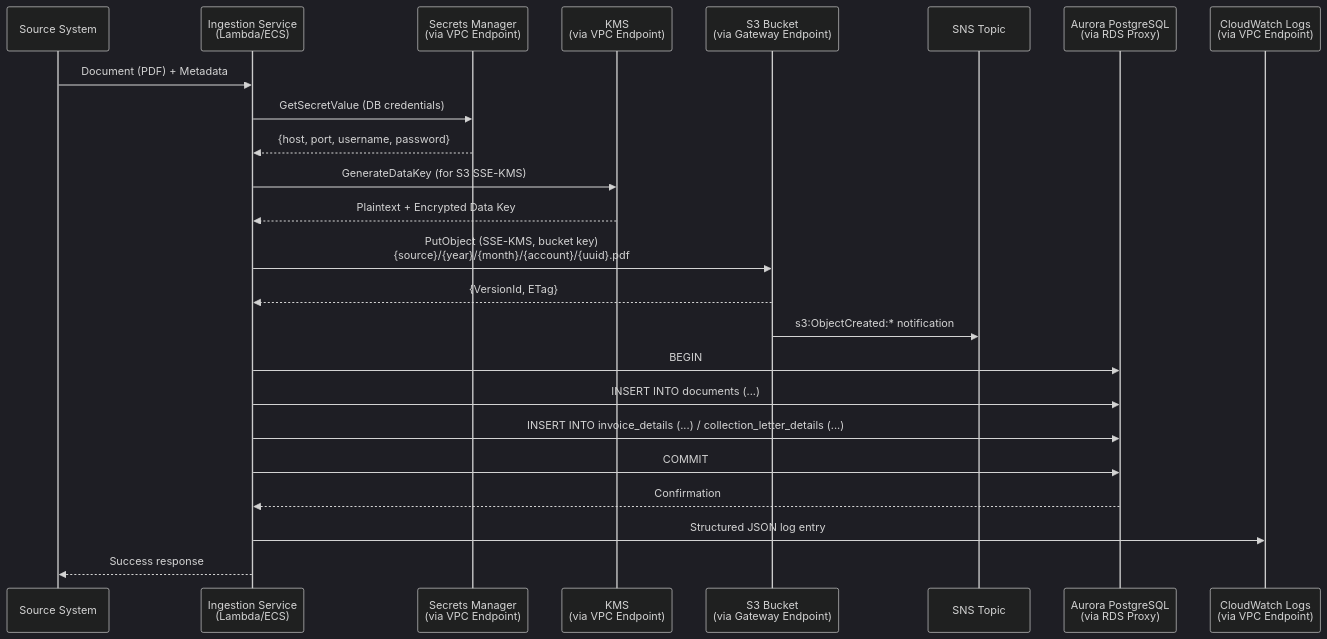
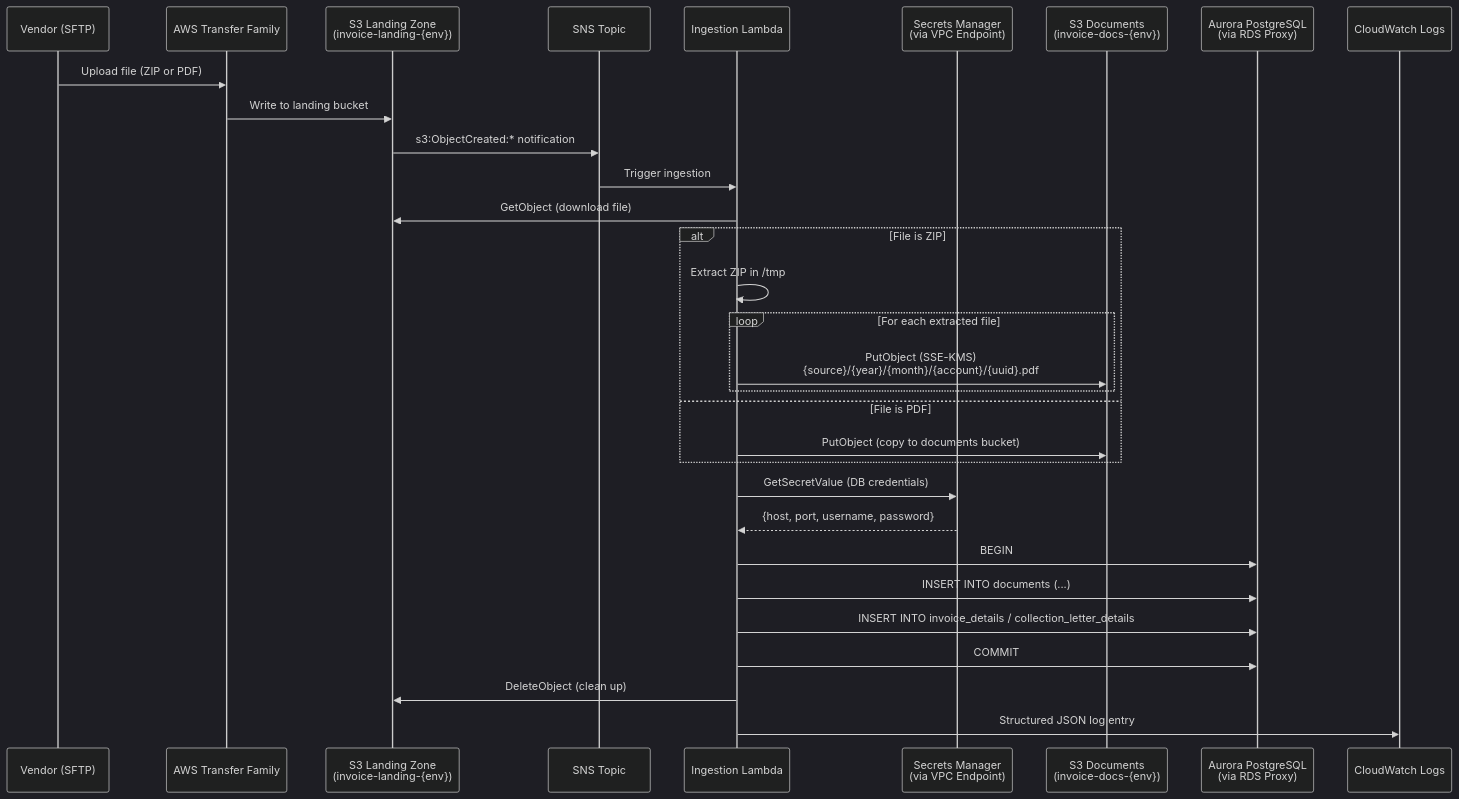
One commit to kumarmedasani/invoice-document-storage changed the third of 10 diagrams in docs/ARCHITECTURE.md. Above: the diagram before and after it, drawn with Mermaid (dark theme). The commit also changed other lines of this file and 7 other files, not shown here.

First line of the commit message:
Update all documentation for two-bucket landing zone design

````diff
--- a/docs/ARCHITECTURE.md
+++ b/docs/ARCHITECTURE.md
@@ -128,27 +127,34 @@
 ```mermaid
 sequenceDiagram
-    participant Src as Source System
-    participant Svc as Ingestion Service<br/>(Lambda/ECS)
+    participant Vendor as Vendor (SFTP)
+    participant SFTP as AWS Transfer Family
+    participant Landing as S3 Landing Zone<br/>(invoice-landing-{env})
+    participant SNS as SNS Topic
+    participant Lambda as Ingestion Lambda
     participant SM as Secrets Manager<br/>(via VPC Endpoint)
-    participant KMS as KMS<br/>(via VPC Endpoint)
-    participant S3 as S3 Bucket<br/>(via Gateway Endpoint)
-    participant SNS as SNS Topic
+    participant S3 as S3 Documents<br/>(invoice-docs-{env})
     participant DB as Aurora PostgreSQL<br/>(via RDS Proxy)
-    participant CW as CloudWatch Logs<br/>(via VPC Endpoint)
+    participant CW as CloudWatch Logs
 
-    Src->>Svc: Document (PDF) + Metadata
-    Svc->>SM: GetSecretValue (DB credentials)
-    SM-->>Svc: {host, port, username, password}
-    Svc->>KMS: GenerateDataKey (for S3 SSE-KMS)
-    KMS-->>Svc: Plaintext + Encrypted Data Key
-    Svc->>S3: PutObject (SSE-KMS, bucket key)<br/>{source}/{year}/{month}/{account}/{uuid}.pdf
-    S3-->>Svc: {VersionId, ETag}
-    S3->>SNS: s3:ObjectCreated:* notification
-    Svc->>DB: BEGIN
-    Svc->>DB: INSERT INTO documents (...)
-    Svc->>DB: INSERT INTO invoice_details (...) / collection_letter_details (...)
-    Svc->>DB: COMMIT
-    DB-->>Svc: Confirmation
-    Svc->>CW: Structured JSON log entry
-    Svc-->>Src: Success response
+    Vendor->>SFTP: Upload file (ZIP or PDF)
+    SFTP->>Landing: Write to landing bucket
+    Landing->>SNS: s3:ObjectCreated:* notification
+    SNS->>Lambda: Trigger ingestion
+    Lambda->>Landing: GetObject (download file)
+    alt File is ZIP
+        Lambda->>Lambda: Extract ZIP in /tmp
+        loop For each extracted file
+            Lambda->>S3: PutObject (SSE-KMS)<br/>{source}/{year}/{month}/{account}/{uuid}.pdf
+        end
+    else File is PDF
+        Lambda->>S3: PutObject (copy to documents bucket)
+    end
+    Lambda->>SM: GetSecretValue (DB credentials)
+    SM-->>Lambda: {host, port, username, password}
+    Lambda->>DB: BEGIN
+    Lambda->>DB: INSERT INTO documents (...)
+    Lambda->>DB: INSERT INTO invoice_details / collection_letter_details
+    Lambda->>DB: COMMIT
+    Lambda->>Landing: DeleteObject (clean up)
+    Lambda->>CW: Structured JSON log entry
 ```
````
